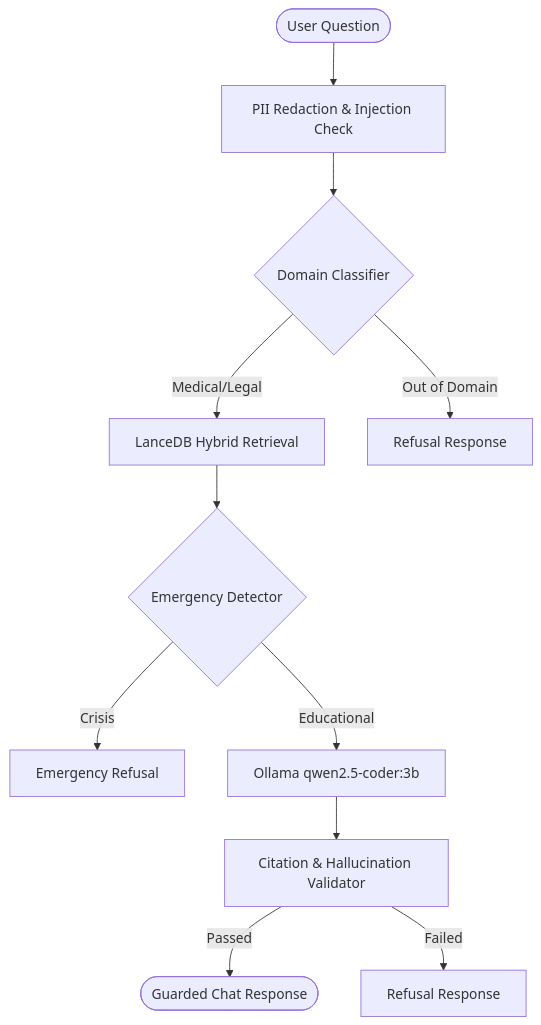
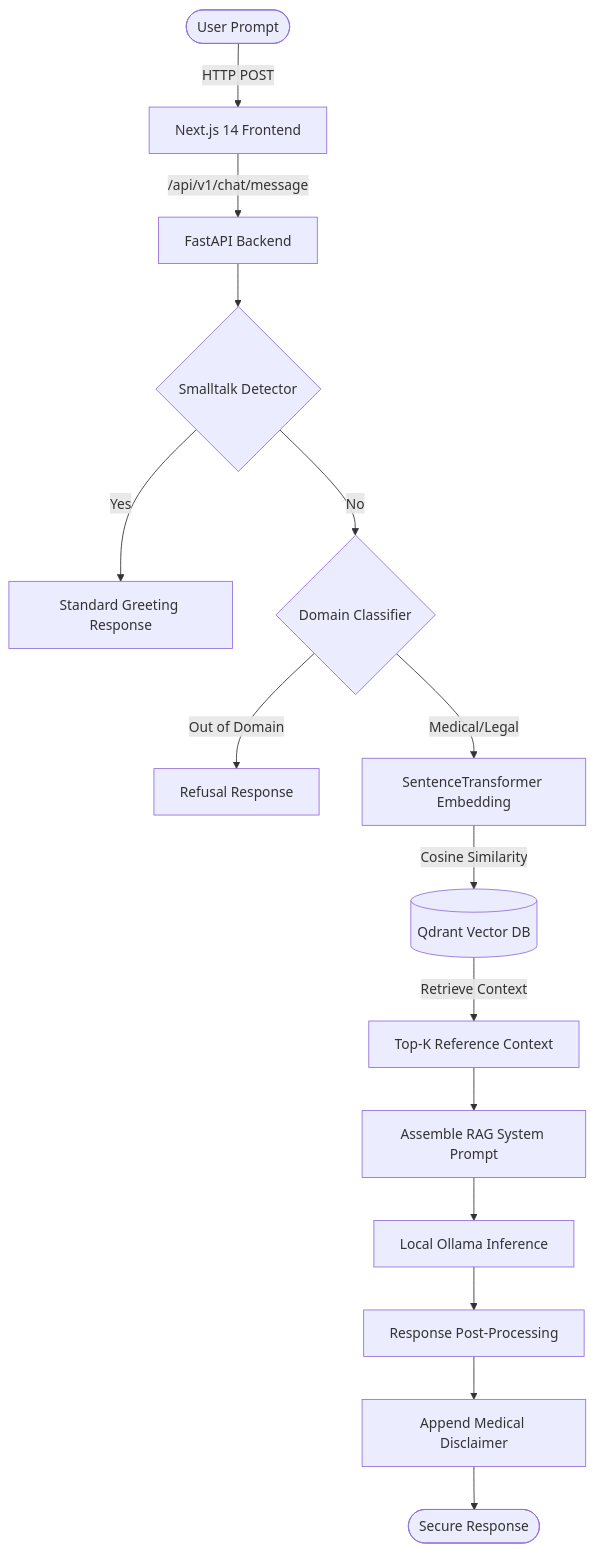
One commit to ELANGKATHIR11/St.Joseph-s-chat changed the diagram in README.md. Above: the diagram before and after it, drawn with Mermaid. The commit also changed other lines of this file and 113 other files, not shown here.

Commit message:
Update project layout to medai-enterprise (Next.js + FastAPI + Qdrant), update .gitignore, and provide comprehensive README.md with architecture diagram

````diff
--- a/README.md
+++ b/README.md
@@ -24,13 +24,21 @@
 ```mermaid
 graph TD
-    User([User Question]) --> InputPipeline[PII Redaction & Injection Check]
-    InputPipeline --> DomainCheck{Domain Classifier}
-    DomainCheck -- Medical/Legal --> RAG[LanceDB Hybrid Retrieval]
-    DomainCheck -- Out of Domain --> Reject[Refusal Response]
-    RAG --> EmergencyCheck{Emergency Detector}
-    EmergencyCheck -- Crisis --> Block[Emergency Refusal]
-    EmergencyCheck -- Educational --> LLM[Ollama qwen2.5-coder:3b]
-    LLM --> Verify[Citation & Hallucination Validator]
-    Verify -- Passed --> Output([Guarded Chat Response])
-    Verify -- Failed --> Refusal[Refusal Response]
+    User([User Prompt]) -->|HTTP POST| NextJS[Next.js 14 Frontend]
+    NextJS -->|/api/v1/chat/message| FastAPI[FastAPI Backend]
+    
+    FastAPI --> Smalltalk{Smalltalk Detector}
+    Smalltalk -->|Yes| HelloResponse[Standard Greeting Response]
+    
+    Smalltalk -->|No| DomainGuard{Domain Classifier}
+    DomainGuard -->|Out of Domain| Refuse[Refusal Response]
+    
+    DomainGuard -->|Medical/Legal| Embedding[SentenceTransformer Embedding]
+    Embedding -->|Cosine Similarity| Qdrant[(Qdrant Vector DB)]
+    Qdrant -->|Retrieve Context| Context[Top-K Reference Context]
+    
+    Context --> LLMPrompt[Assemble RAG System Prompt]
+    LLMPrompt --> Ollama[Local Ollama Inference]
+    Ollama --> ResponseCheck[Response Post-Processing]
+    ResponseCheck --> Disclaimer[Append Medical Disclaimer]
+    Disclaimer --> Output([Secure Response])
 ```
````
